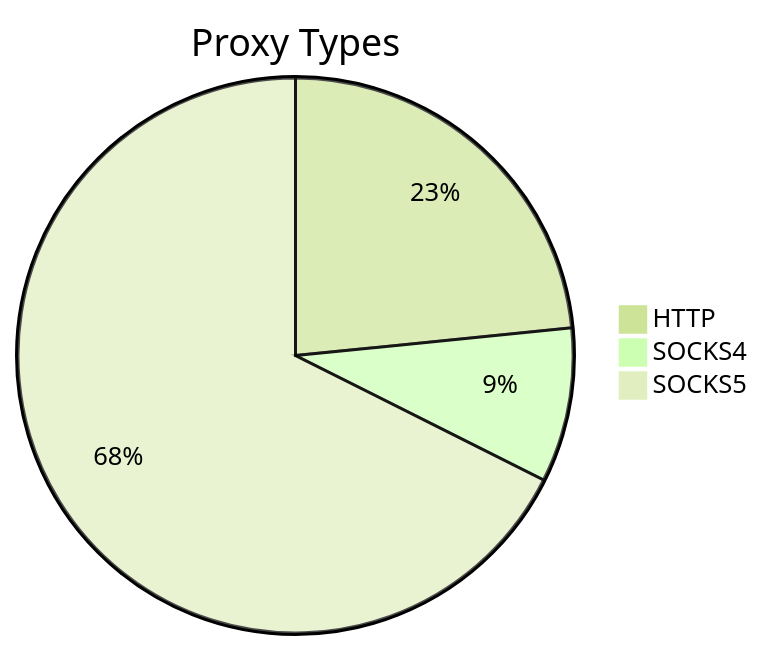
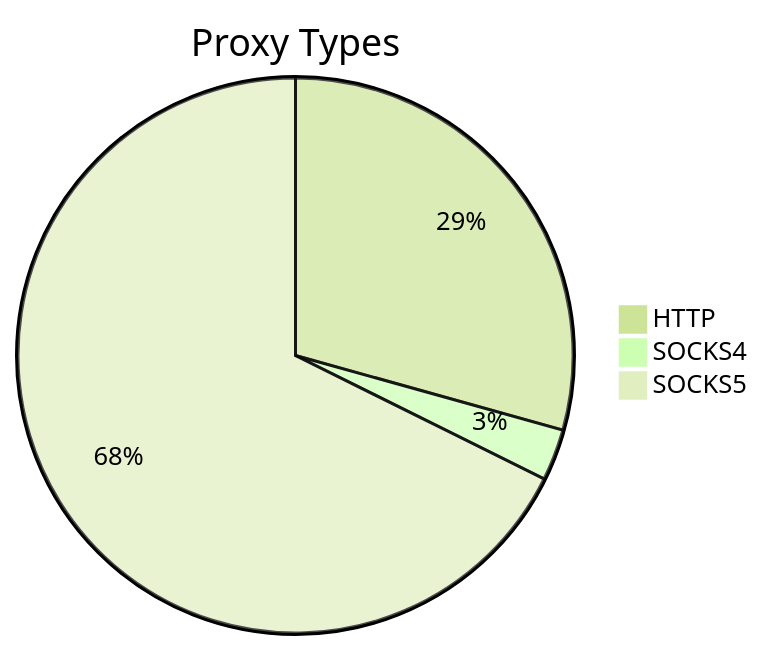
One commit to stormsia/proxy-list changed the first of 2 diagrams in README.md. Above: the diagram before and after it, drawn with Mermaid (forest theme). The commit also changed other lines of this file, not shown here.

````diff
--- a/README.md
+++ b/README.md
@@ -21,6 +21,6 @@
 ```mermaid
 pie title Proxy Types
-    "HTTP" : 151
-    "SOCKS4" : 58
-    "SOCKS5" : 436
+    "HTTP" : 88
+    "SOCKS4" : 9
+    "SOCKS5" : 203
 ```
````
